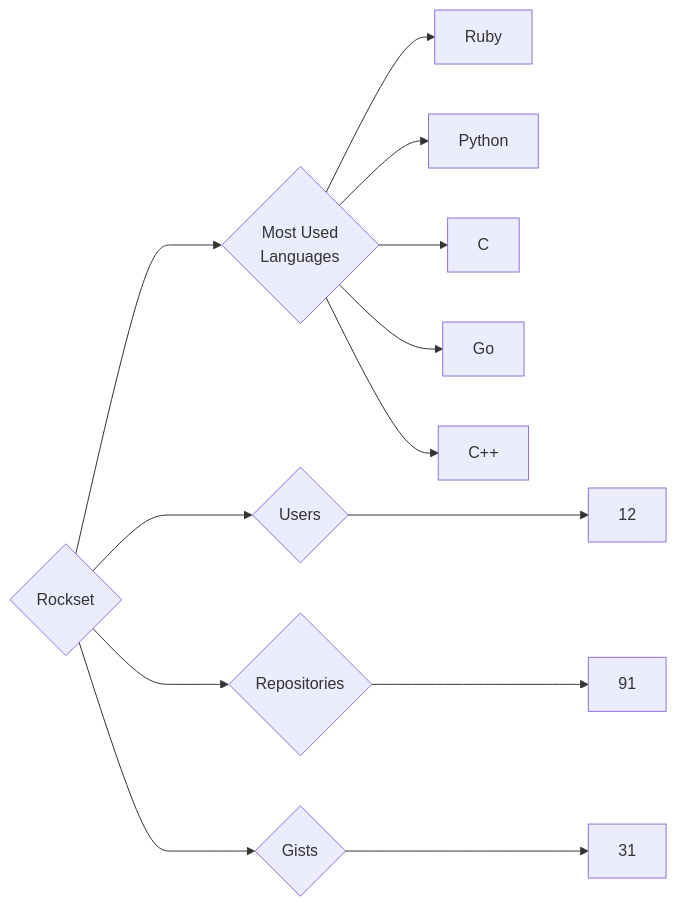
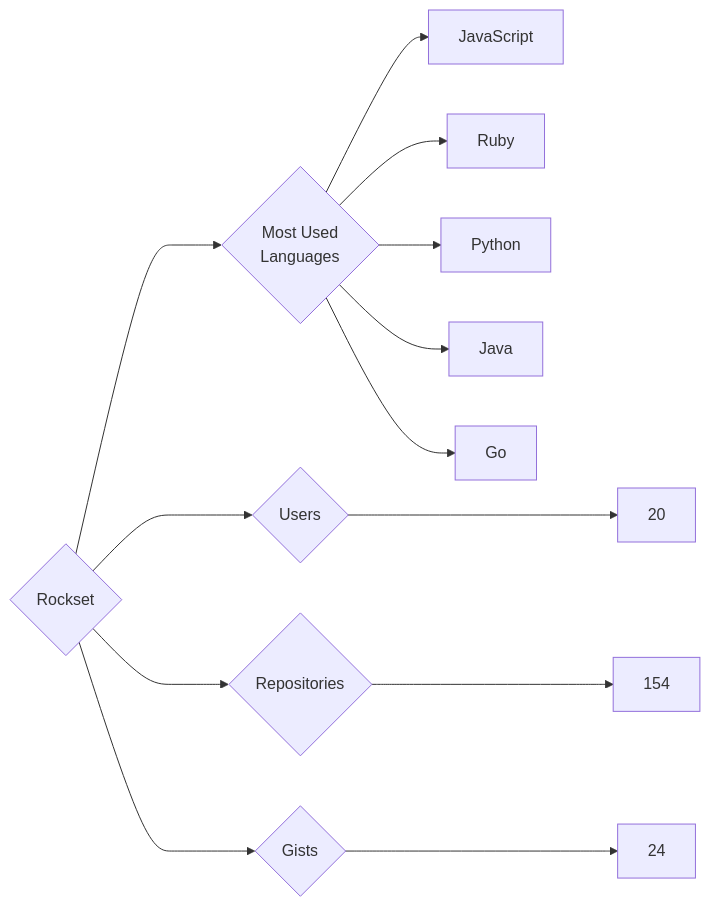
One commit to trickest/insiders changed the diagram in targets/Rockset/README.md. Above: the diagram before and after it, drawn with Mermaid. The commit also changed 948 other files, not shown here.

````diff
--- a/targets/Rockset/README.md
+++ b/targets/Rockset/README.md
@@ -3,13 +3,13 @@
 ```mermaid
 graph LR
 COMPANY_NAME{Rockset}
-COMPANY_NAME ---> U{Users} ---> UN[12]
-COMPANY_NAME ---> R{Repositories} ---> RN[91]
-COMPANY_NAME ---> G{Gists} ---> GN[31]
+COMPANY_NAME ---> U{Users} ---> UN[20]
+COMPANY_NAME ---> R{Repositories} ---> RN[154]
+COMPANY_NAME ---> G{Gists} ---> GN[24]
 COMPANY_NAME ---> ML{Most Used<br>Languages}
+ML --> JavaScript[JavaScript]
 ML --> Ruby[Ruby]
 ML --> Python[Python]
-ML --> C[C]
+ML --> Java[Java]
 ML --> Go[Go]
-ML --> C++[C++]
 ```
````
